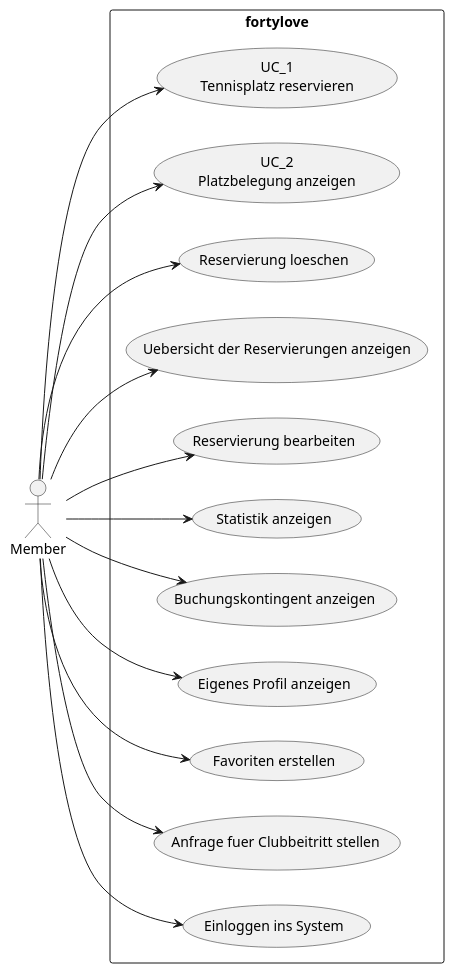
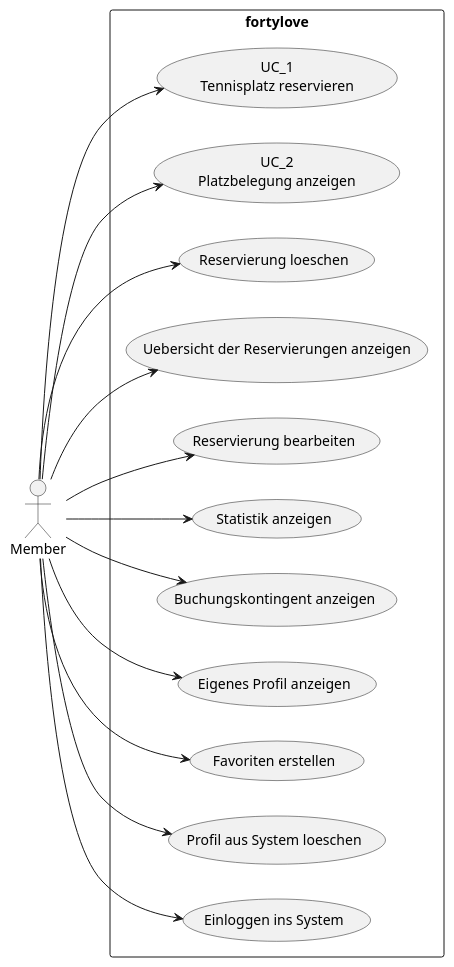
Before and after one commit to incrediblybadcoder/fortylove: the diagram in documents/design/usecases/UseCasesMember.puml, drawn with PlantUML. The commit also changed 4 other files, not shown here.

```diff
--- a/documents/design/usecases/UseCasesMember.puml
+++ b/documents/design/usecases/UseCasesMember.puml
@@ -1,18 +1,18 @@
 @startuml
 left to right direction
 actor "Member" as Actor
 rectangle fortylove {
     Actor --> (UC_1\nTennisplatz reservieren)
     Actor --> (UC_2\nPlatzbelegung anzeigen)
     Actor --> (Reservierung loeschen)
     Actor --> (Uebersicht der Reservierungen anzeigen)
     Actor --> (Reservierung bearbeiten)
     Actor --> (Statistik anzeigen)
     Actor --> (Buchungskontingent anzeigen)
     Actor --> (Eigenes Profil anzeigen)
     Actor --> (Favoriten erstellen)
-    Actor --> (Anfrage fuer Clubbeitritt stellen)
+    Actor --> (Profil aus System loeschen)
     Actor --> (Einloggen ins System)
 }
 
 @enduml
```
